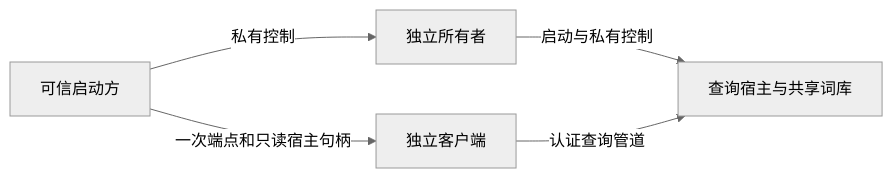
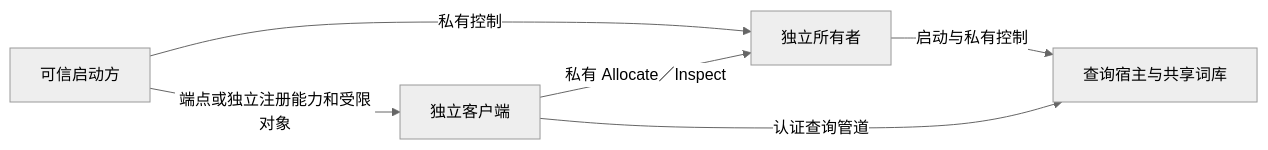
The diagram in docs/ENGINE_OWNER.md (AinaSnow/Harukoto), drawn with Mermaid (neutral theme) before and after one commit. The commit also changed other lines of this file and 17 other files, not shown here.

````diff
--- a/docs/ENGINE_OWNER.md
+++ b/docs/ENGINE_OWNER.md
@@ -9,7 +9,8 @@
 ```mermaid
 flowchart LR
     L[可信启动方] -->|私有控制| O[独立所有者]
     O -->|启动与私有控制| H[查询宿主与共享词库]
-    L -->|一次端点和只读宿主句柄| C[独立客户端]
+    L -->|端点或独立注册能力和受限对象| C[独立客户端]
+    C -->|私有 Allocate／Inspect| O
     C -->|认证查询管道| H
 ```
````
